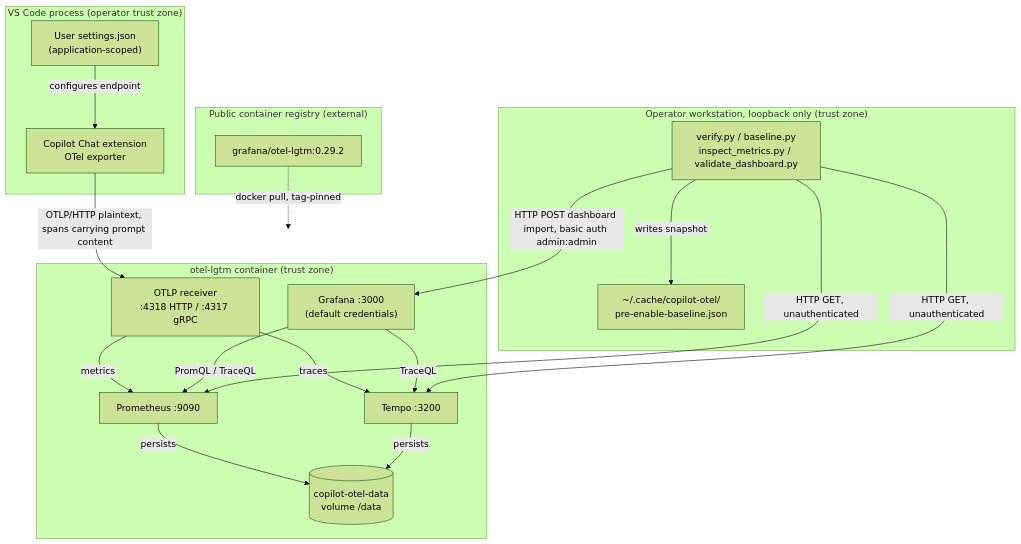
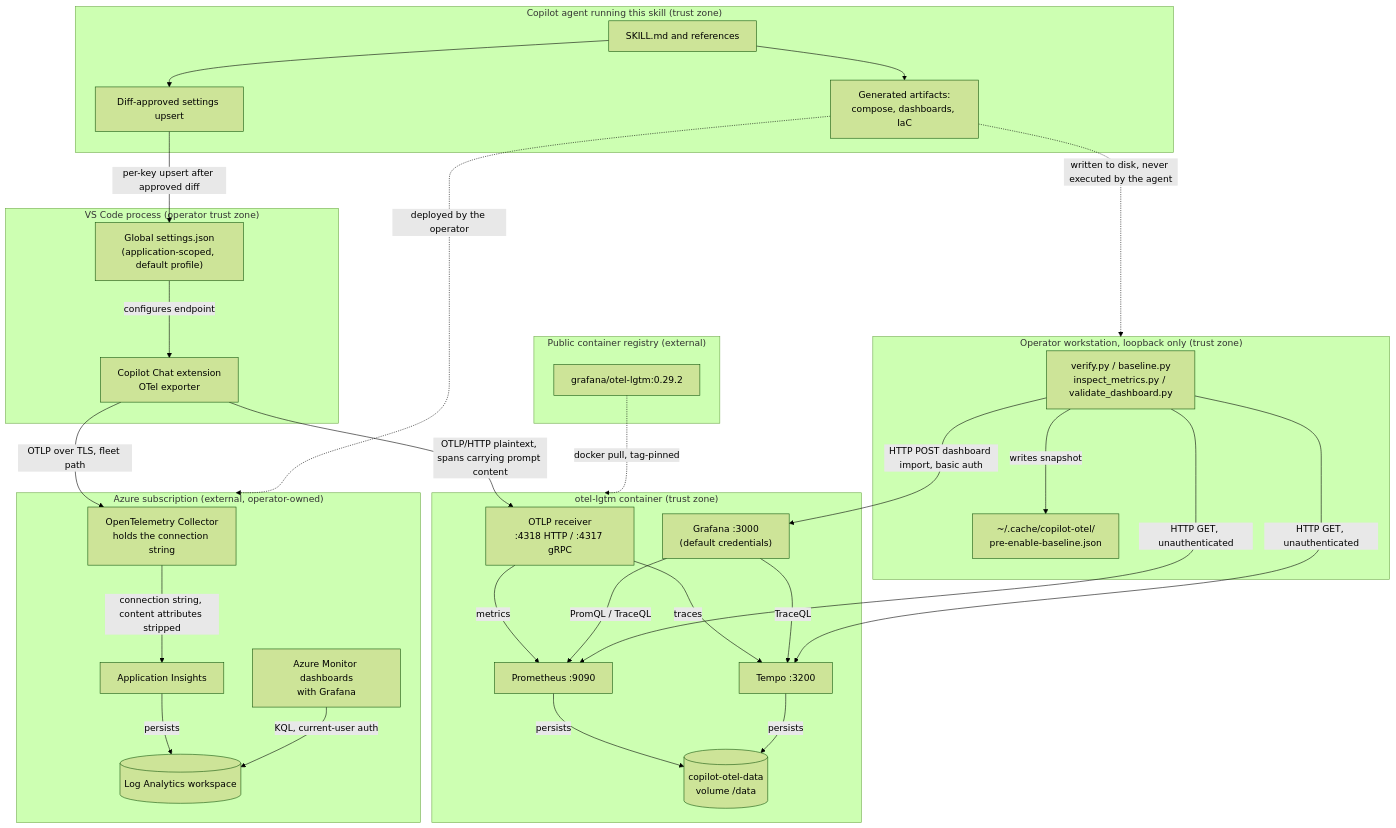
The diagram in .github/skills/experimental/copilot-otel-metrics/SECURITY.md (MohammedAlkindi/hve-core), drawn with Mermaid (forest theme) before and after one commit. The commit also changed other lines of this file and 27 other files, not shown here.

First line of the commit message:
feat(skills): expand Copilot OTel metrics for local and Azure capture

````diff
--- a/.github/skills/experimental/copilot-otel-metrics/SECURITY.md
+++ b/.github/skills/experimental/copilot-otel-metrics/SECURITY.md
@@ -69,34 +78,54 @@
 ```mermaid
 flowchart TD
+    subgraph AGENT["Copilot agent running this skill (trust zone)"]
+        SKILL["SKILL.md and references"]
+        WRITE["Diff-approved settings upsert"]
+        GEN["Generated artifacts:<br/>compose, dashboards, IaC"]
+    end
     subgraph EDITOR["VS Code process (operator trust zone)"]
         EXT["Copilot Chat extension<br/>OTel exporter"]
-        SETTINGS["User settings.json<br/>(application-scoped)"]
+        SETTINGS["Global settings.json<br/>(application-scoped, default profile)"]
     end
     subgraph HOST["Operator workstation, loopback only (trust zone)"]
         HELPERS["verify.py / baseline.py<br/>inspect_metrics.py / validate_dashboard.py"]
         SNAP["~/.cache/copilot-otel/<br/>pre-enable-baseline.json"]
     end
     subgraph STACK["otel-lgtm container (trust zone)"]
         OTLP["OTLP receiver<br/>:4318 HTTP / :4317 gRPC"]
         PROM["Prometheus :9090"]
         TEMPO["Tempo :3200"]
         GRAF["Grafana :3000<br/>(default credentials)"]
         VOL[("copilot-otel-data<br/>volume /data")]
     end
     subgraph REGISTRY["Public container registry (external)"]
         IMG["grafana/otel-lgtm:0.29.2"]
     end
+    subgraph AZURE["Azure subscription (external, operator-owned)"]
+        COLL["OpenTelemetry Collector<br/>holds the connection string"]
+        AI["Application Insights"]
+        LAW[("Log Analytics workspace")]
+        AMD["Azure Monitor dashboards<br/>with Grafana"]
+    end
+    SKILL --> WRITE
+    SKILL --> GEN
+    WRITE -->|"per-key upsert after approved diff"| SETTINGS
+    GEN -.->|"written to disk, never executed by the agent"| HOST
+    GEN -.->|"deployed by the operator"| AZURE
     SETTINGS -->|"configures endpoint"| EXT
     EXT -->|"OTLP/HTTP plaintext, spans carrying prompt content"| OTLP
+    EXT -->|"OTLP over TLS, fleet path"| COLL
     OTLP -->|"metrics"| PROM
     OTLP -->|"traces"| TEMPO
     PROM -->|"persists"| VOL
     TEMPO -->|"persists"| VOL
     GRAF -->|"PromQL / TraceQL"| PROM
     GRAF -->|"TraceQL"| TEMPO
     HELPERS -->|"HTTP GET, unauthenticated"| PROM
     HELPERS -->|"HTTP GET, unauthenticated"| TEMPO
-    HELPERS -->|"HTTP POST dashboard import, basic auth admin:admin"| GRAF
+    HELPERS -->|"HTTP POST dashboard import, basic auth"| GRAF
     HELPERS -->|"writes snapshot"| SNAP
+    COLL -->|"connection string, content attributes stripped"| AI
+    AI -->|"persists"| LAW
+    AMD -->|"KQL, current-user auth"| LAW
     IMG -.->|"docker pull, tag-pinned"| STACK
 ```
````
